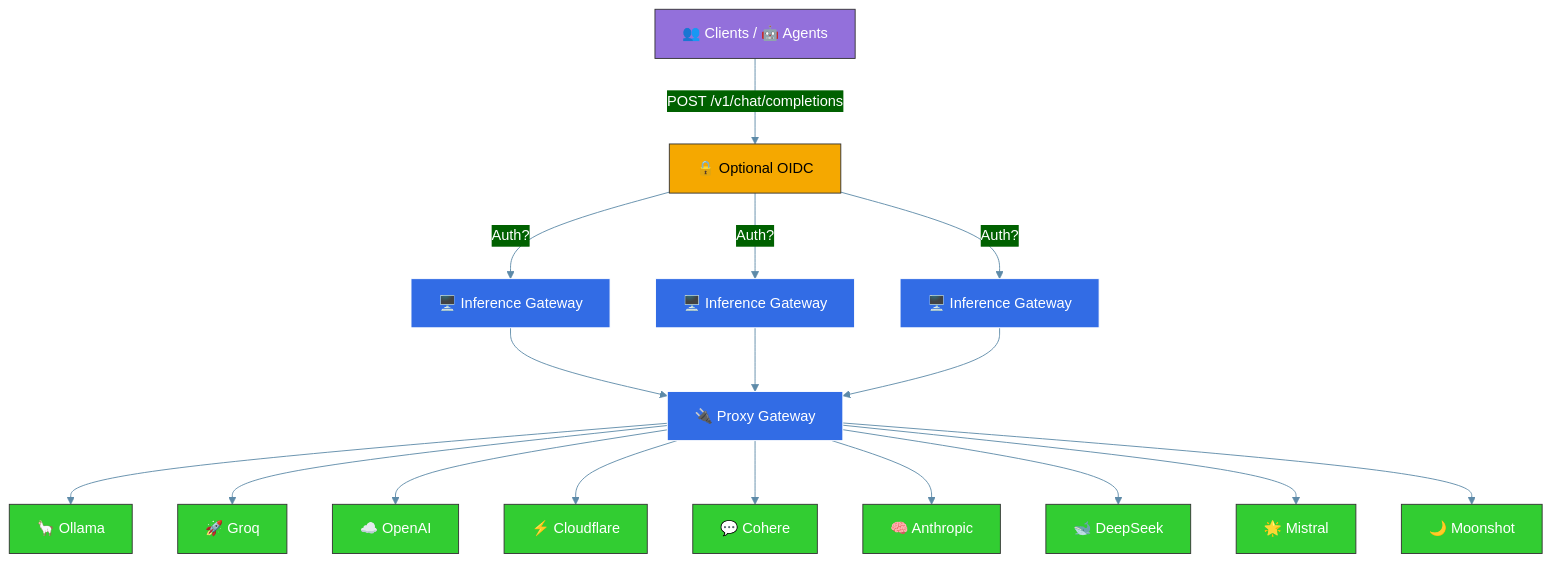
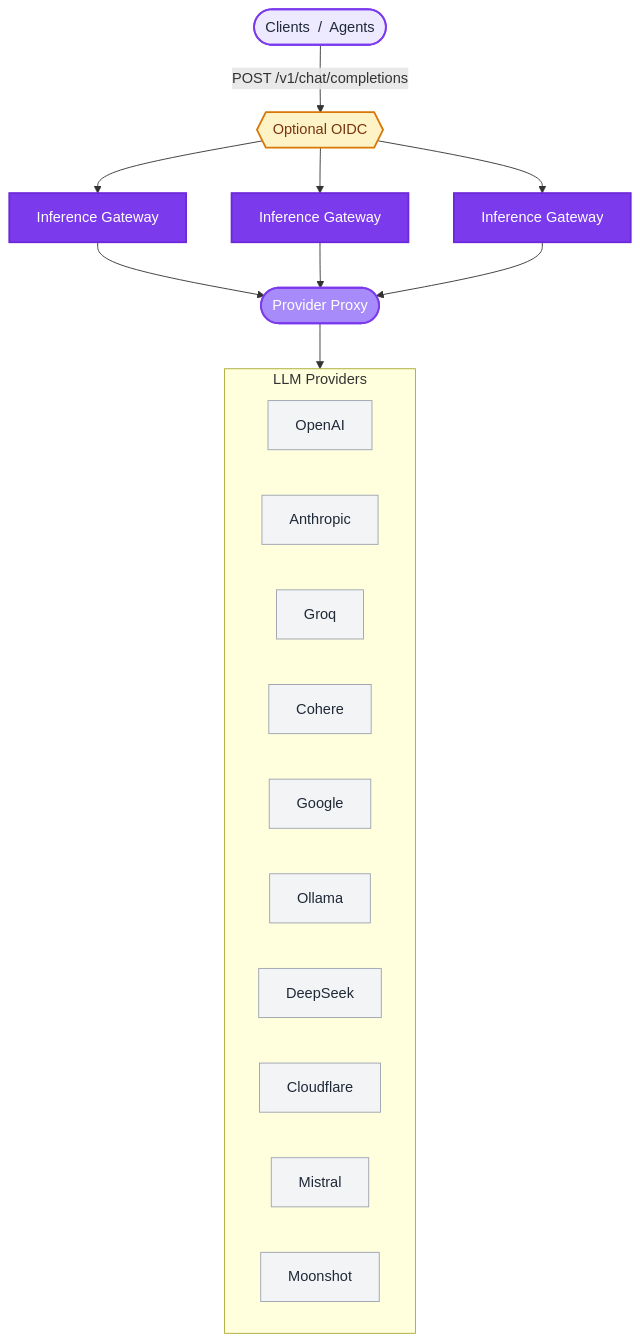
The first of 2 diagrams in architecture-overview.md (inference-gateway/docs), drawn with Mermaid before and after one commit. The commit also changed other lines of this file and 4 other files, not shown here.

First line of the commit message:
style(docs): Polish Mermaid diagrams across architecture, MCP, A2A

````diff
--- a/architecture-overview.md
+++ b/architecture-overview.md
@@ -12,41 +14,44 @@
 ```mermaid
-%%{init: {'theme': 'base', 'themeVariables': { 'primaryColor': '#326CE5', 'primaryTextColor': '#fff', 'lineColor': '#5D8AA8', 'secondaryColor': '#006100' }, 'fontFamily': 'Arial', 'flowchart': {'nodeSpacing': 50, 'rankSpacing': 70, 'padding': 15}}}%%
+flowchart TD
+    Client(["Clients &nbsp;/&nbsp; Agents"])
+    Client -- "POST /v1/chat/completions" --> Auth
+    Auth{{"Optional OIDC"}}
+    Auth --> GW1
+    Auth --> GW2
+    Auth --> GW3
+    GW1["Inference Gateway"]
+    GW2["Inference Gateway"]
+    GW3["Inference Gateway"]
+    GW1 --> Proxy
+    GW2 --> Proxy
+    GW3 --> Proxy
+    Proxy(["Provider Proxy"])
 
+    subgraph Providers["LLM Providers"]
+        direction LR
+        OpenAI["OpenAI"]
+        Anthropic["Anthropic"]
+        Groq["Groq"]
+        Cohere["Cohere"]
+        Google["Google"]
+        Ollama["Ollama"]
+        DeepSeek["DeepSeek"]
+        Cloudflare["Cloudflare"]
+        Mistral["Mistral"]
+        Moonshot["Moonshot"]
+    end
 
-graph TD
-    %% Client nodes
-    A["👥 Clients / 🤖 Agents"] --> |POST /v1/chat/completions| Auth
+    Proxy --> Providers
 
-    %% Auth node
-    Auth["🔒 Optional OIDC"] --> |Auth?| IG1
-    Auth --> |Auth?| IG2
-    Auth --> |Auth?| IG3
+    classDef client fill:#ede9fe,stroke:#7c3aed,stroke-width:2px,color:#1f2937
+    classDef auth fill:#fef3c7,stroke:#d97706,stroke-width:2px,color:#78350f
+    classDef gateway fill:#7c3aed,stroke:#6d28d9,stroke-width:2px,color:#ffffff
+    classDef proxy fill:#a78bfa,stroke:#7c3aed,stroke-width:2px,color:#ffffff
+    classDef provider fill:#f3f4f6,stroke:#9ca3af,stroke-width:1px,color:#1f2937
 
-    %% Gateway nodes
-    IG1["🖥️ Inference Gateway"] --> P
-    IG2["🖥️ Inference Gateway"] --> P
-    IG3["🖥️ Inference Gateway"] --> P
-
-    %% Proxy and providers
-    P["🔌 Proxy Gateway"] --> C["🦙 Ollama"]
-    P --> D["🚀 Groq"]
-    P --> E["☁️ OpenAI"]
-    P --> G["⚡ Cloudflare"]
-    P --> H1["💬 Cohere"]
-    P --> H2["🧠 Anthropic"]
-    P --> H3["🐋 DeepSeek"]
-    P --> H4["🌟 Mistral"]
-    P --> H5["🌙 Moonshot"]
-
-    %% Define styles
-    classDef client fill:#9370DB,stroke:#333,stroke-width:1px,color:white;
-    classDef auth fill:#F5A800,stroke:#333,stroke-width:1px,color:black;
-    classDef gateway fill:#326CE5,stroke:#fff,stroke-width:1px,color:white;
-    classDef provider fill:#32CD32,stroke:#333,stroke-width:1px,color:white;
-
-    %% Apply styles
-    class A client;
-    class Auth auth;
-    class IG1,IG2,IG3,P gateway;
-    class C,D,E,G,H1,H2,H3,H4,H5 provider;
+    class Client client
+    class Auth auth
+    class GW1,GW2,GW3 gateway
+    class Proxy proxy
+    class OpenAI,Anthropic,Groq,Cohere,Google,Ollama,DeepSeek,Cloudflare,Mistral,Moonshot provider
 ```
````
